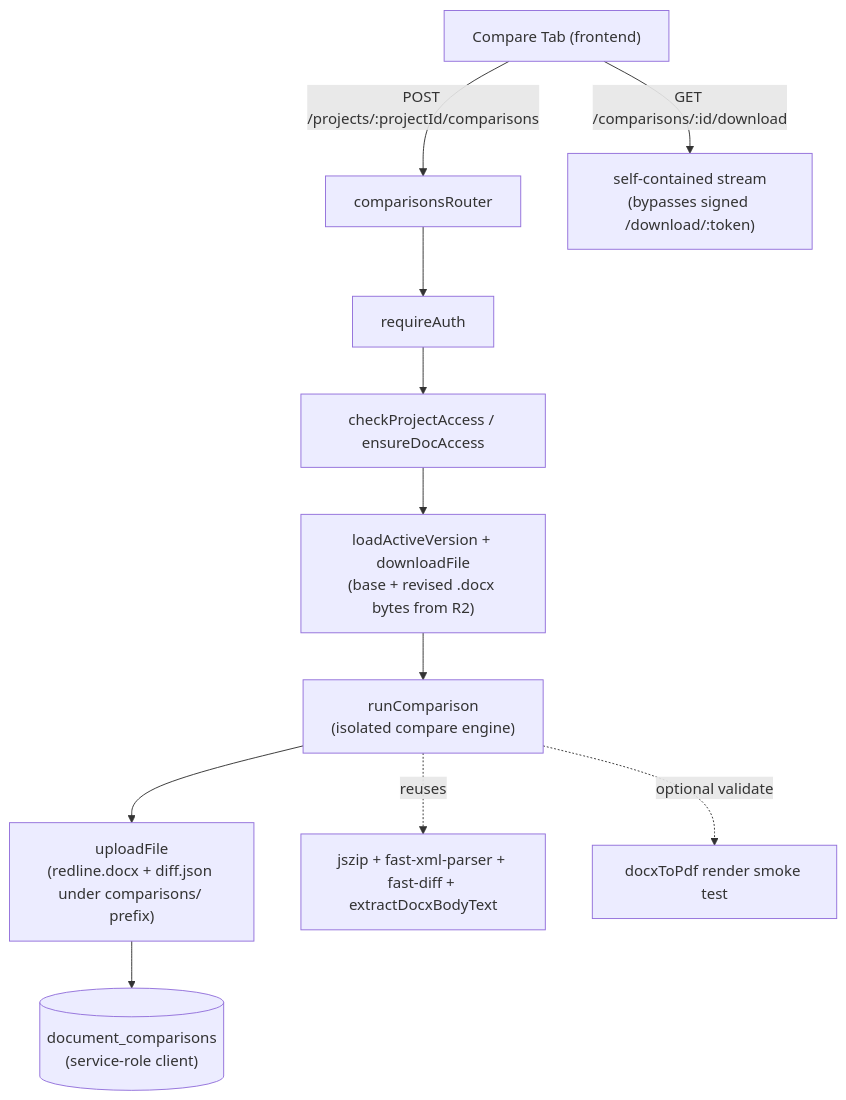
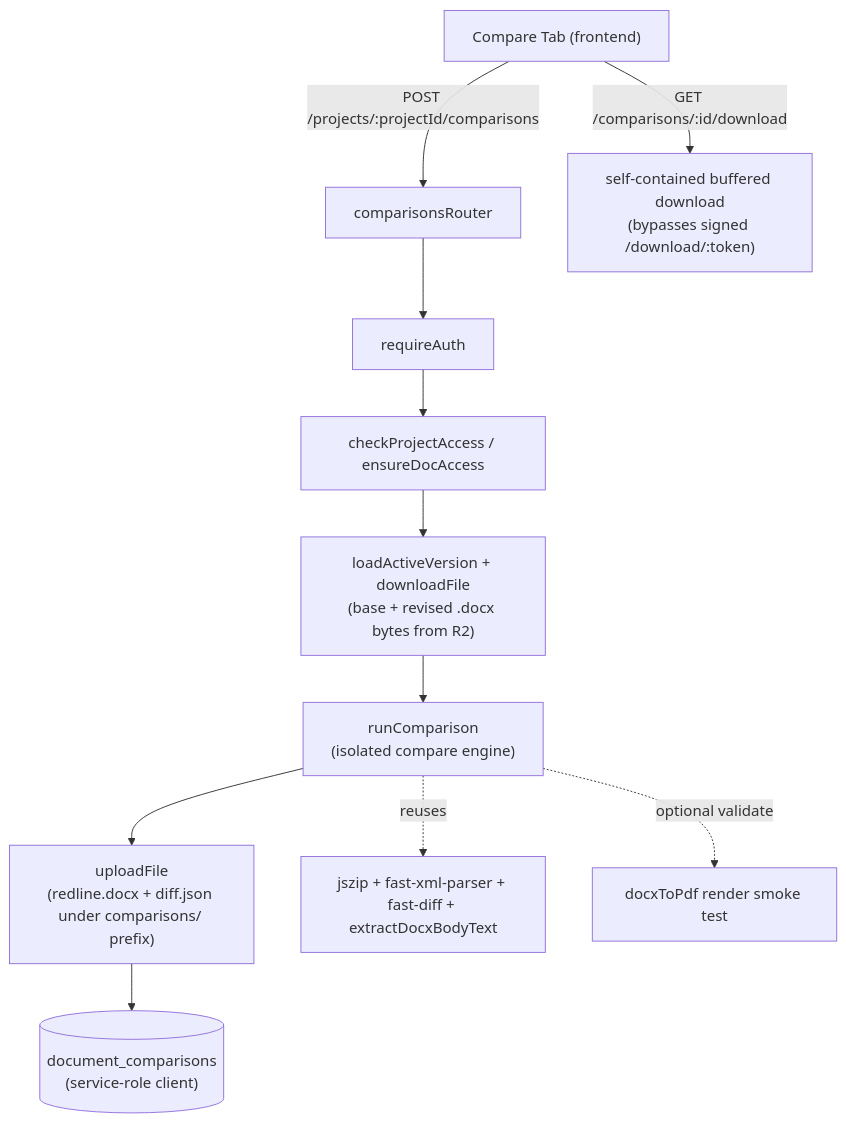
One commit to blitzy-public-samples/mike changed the diagram in docs/document-compare.md. Above: the diagram before and after it, drawn with Mermaid. The commit also changed other lines of this file and 16 other files, not shown here.

````diff
--- a/docs/document-compare.md
+++ b/docs/document-compare.md
@@ -36,20 +36,20 @@
 ```mermaid
 flowchart TD
     UI["Compare Tab (frontend)"]
     R["comparisonsRouter"]
     AUTH["requireAuth"]
     ACC["checkProjectAccess / ensureDocAccess"]
     LV["loadActiveVersion + downloadFile<br/>(base + revised .docx bytes from R2)"]
     ENG["runComparison<br/>(isolated compare engine)"]
     UP["uploadFile<br/>(redline.docx + diff.json under comparisons/ prefix)"]
     DB[("document_comparisons<br/>(service-role client)")]
-    DL["self-contained stream<br/>(bypasses signed /download/:token)"]
+    DL["self-contained buffered download<br/>(bypasses signed /download/:token)"]
     LIBS["jszip + fast-xml-parser + fast-diff + extractDocxBodyText"]
     PDF["docxToPdf render smoke test"]
 
     UI -->|"POST /projects/:projectId/comparisons"| R
     R --> AUTH --> ACC --> LV --> ENG --> UP --> DB
     UI -->|"GET /comparisons/:id/download"| DL
     ENG -. reuses .-> LIBS
     ENG -. optional validate .-> PDF
 ```
````
